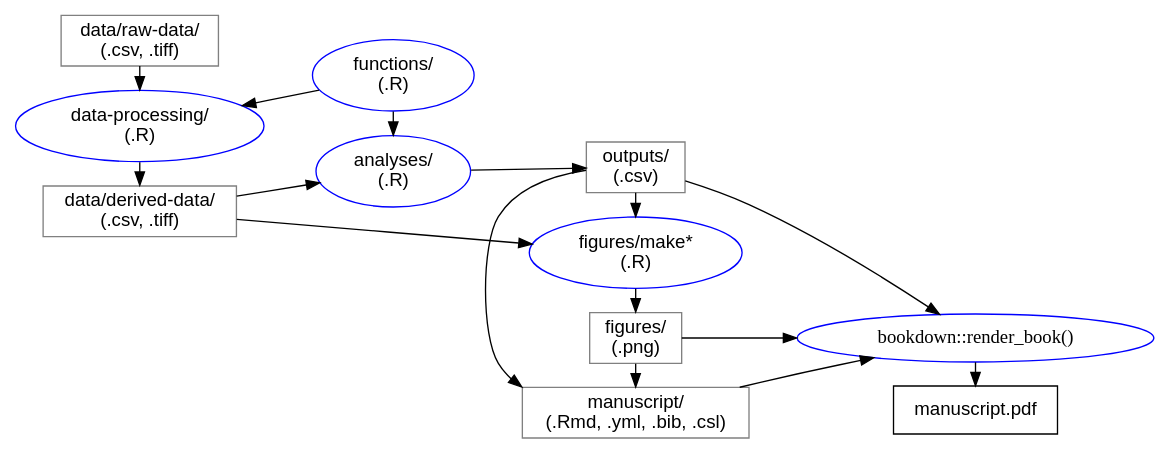
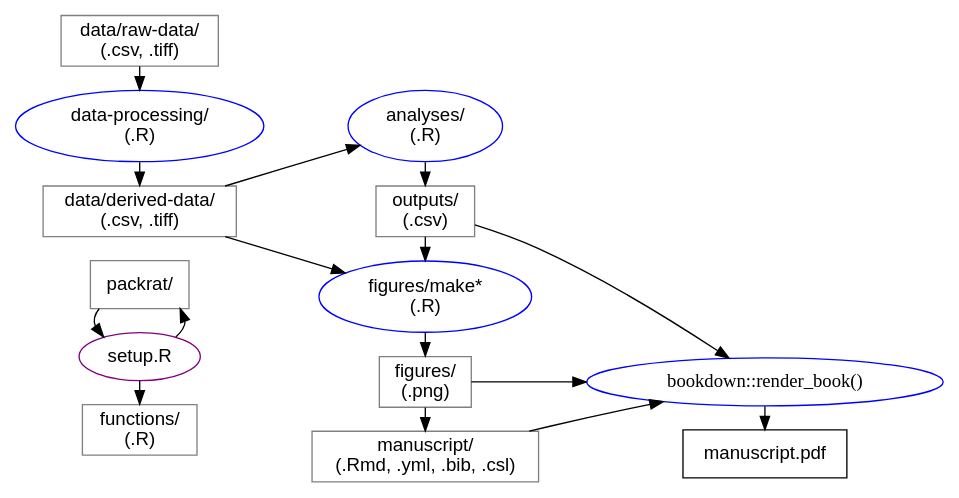
Before and after one commit to rvanmazijk/Cape-vs-SWA: the diagram in docs/repo-structure.gv, drawn with Graphviz. The commit also changed 4 other files, not shown here.

Commit message:
Update README and repo-structure diagram

```diff
--- a/docs/repo-structure.gv
+++ b/docs/repo-structure.gv
@@ -1,61 +1,64 @@
 digraph {
 
   // Define nodes --------------------------------------------------------------
   node [fontname="Helvetica"]
 
+  // Setup node
+  node [shape=oval, color=purple]
+  setup [label="setup.R"]
+
   // "Action" nodes
   node [shape=oval, color=blue]
   data_processing [label="data-processing/\n(.R)"]
   analyses        [label="analyses/\n(.R)"]
-  functions       [label="functions/\n(.R)"]
   make_figures    [label="figures/make*\n(.R)"]
   render          [label="bookdown::render_book()", fontname="Consolas"]
 
   // "Data" nodes
   node [shape=box, color=grey]
+  packrat      [label="packrat/"]
+  functions    [label="functions/\n(.R)"]
   raw_data     [label="data/raw-data/\n(.csv, .tiff)"]
   derived_data [label="data/derived-data/\n(.csv, .tiff)"]
   figures      [label="figures/\n(.png)"]
   outputs      [label="outputs/\n(.csv)"]
   manuscript   [label="manuscript/\n(.Rmd, .yml, .bib, .csl)"]
 
   // Final manuscript node
   node [shape=box, color=black]
   final [label="manuscript.pdf"]
 
   // Define edges --------------------------------------------------------------
 
-  raw_data ->
-    data_processing ->
-    derived_data ->
-    analyses ->
-    outputs ->
-    make_figures ->
-    figures
+  setup -> packrat -> setup -> functions
+
+  raw_data -> data_processing -> derived_data ->
+    analyses -> outputs ->
+    make_figures -> figures ->
+    manuscript
+
   derived_data -> make_figures
 
-  {{outputs, figures} -> manuscript} -> render -> final
-
-  functions -> {data_processing, analyses} [constraint=false]
+  {figures, manuscript, outputs} -> render -> final
 
   // Arrange nodes -------------------------------------------------------------
+  rankdir=LR
 
-  rankdir=LR
+  {
+    rank=same
+    setup, packrat, functions
+  }
   {
     rank=same
     raw_data, data_processing, derived_data
   }
   {
     rank=same
-    functions, analyses
-  }
-  {
-    rank=same
-    make_figures, outputs, figures, manuscript
+    analyses, outputs, make_figures, figures, manuscript
   }
   {
     rank=same
     render, final
   }
 
 }
```
